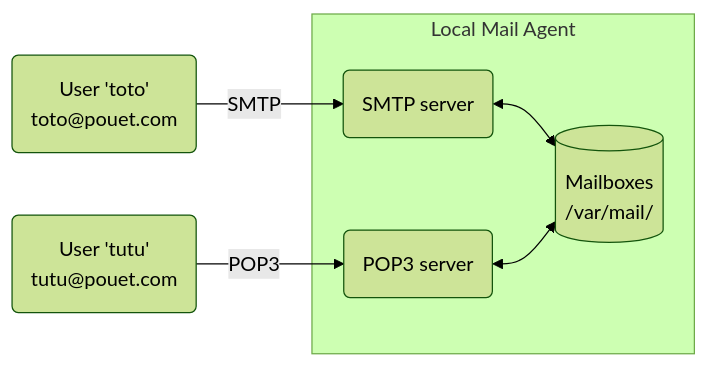
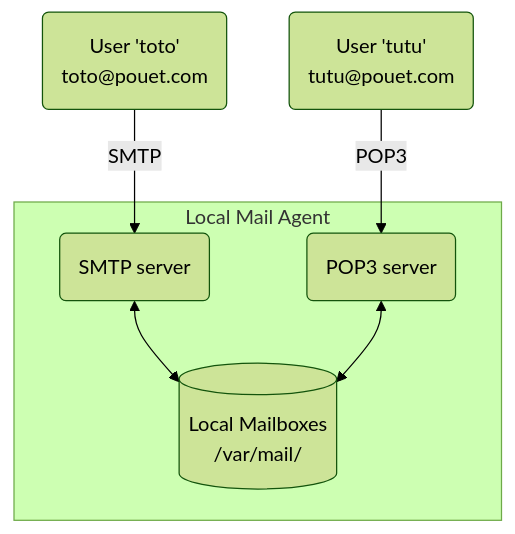
One commit to orel33/local-mail-agent changed the diagram in README.md. Above: the diagram before and after it, drawn with Mermaid (forest theme).

Commit message:
minor on fig

````diff
--- a/README.md
+++ b/README.md
@@ -43,23 +43,23 @@
 ```mermaid
-flowchart LR
+flowchart TB
     %% id
     MUA1(User 'toto'
     toto@pouet.com)
     MUA2(User 'tutu'
     tutu@pouet.com)
-    MX[(Mailboxes
+    MX[(Local Mailboxes
     /var/mail/)]
     SSMTP(SMTP server)
     SPOP3(POP3 server)
     %% subgraphs
     subgraph "Local Mail Agent"
         SSMTP
         SPOP3
         MX
     end
     %% links
     MUA1 -- SMTP --> SSMTP
     MUA2 -- POP3 --> SPOP3
     SSMTP <--> MX
     SPOP3 <--> MX
 ```
````
